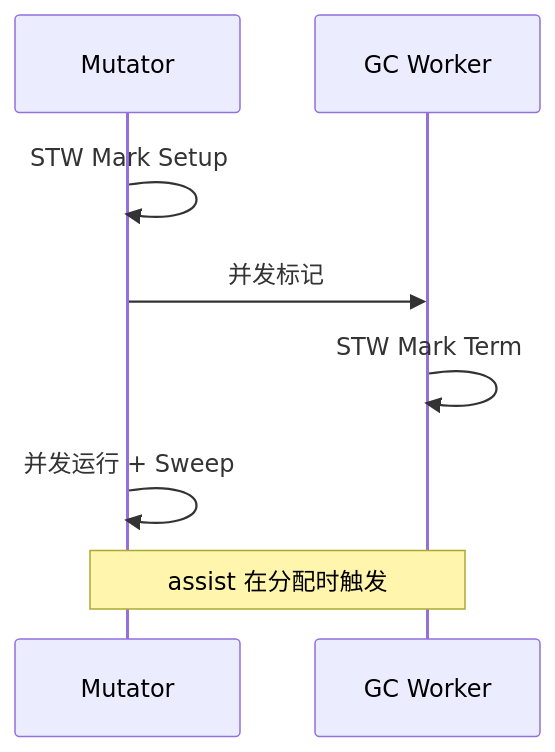
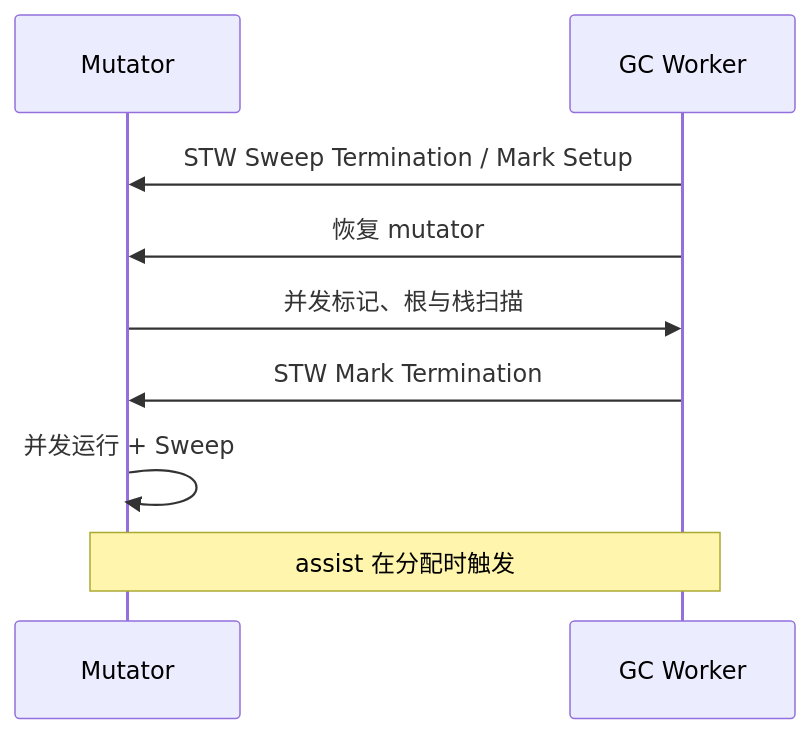
One commit to twodog-tt/Golang-development-manual changed the diagram in docs/interview/02-memory-gc/S-MEM-02-stw-evolution.md. Above: the diagram before and after it, drawn with Mermaid. The commit also changed other lines of this file and 438 other files, not shown here.

````diff
--- a/docs/interview/02-memory-gc/S-MEM-02-stw-evolution.md
+++ b/docs/interview/02-memory-gc/S-MEM-02-stw-evolution.md
@@ -42,10 +42,11 @@
 ```mermaid
 sequenceDiagram
   participant M as Mutator
   participant GC as GC Worker
-  M->>M: STW Mark Setup
-  M->>GC: 并发标记
-  GC->>GC: STW Mark Term
+  GC->>M: STW Sweep Termination / Mark Setup
+  GC->>M: 恢复 mutator
+  M->>GC: 并发标记、根与栈扫描
+  GC->>M: STW Mark Termination
   M->>M: 并发运行 + Sweep
   Note over M,GC: assist 在分配时触发
 ```
````
